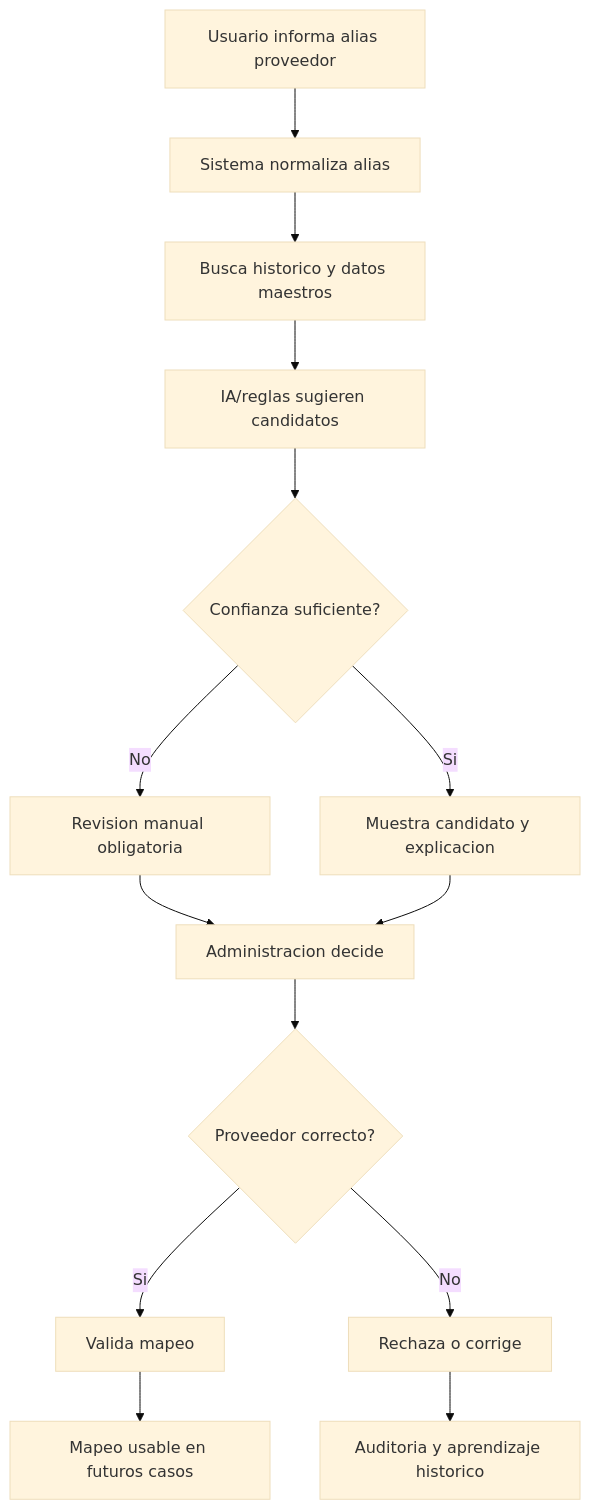
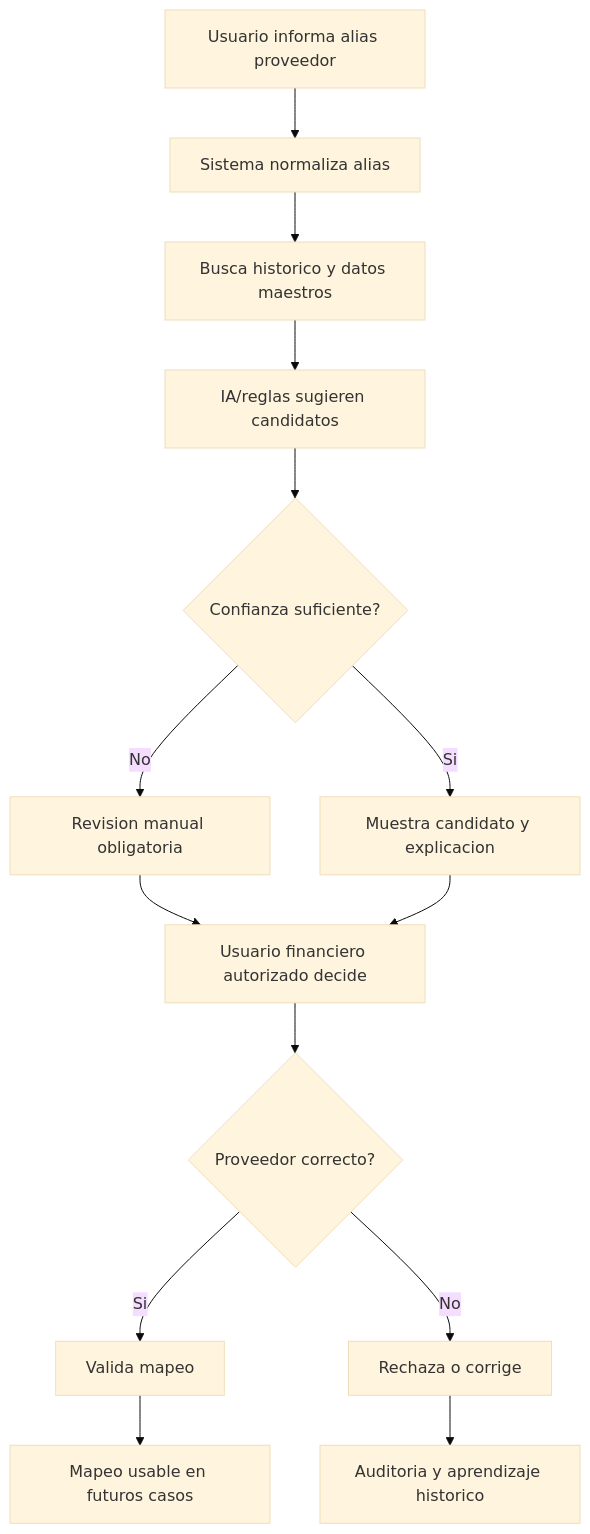
The sixth of 14 diagrams in docs/diagramas_flujo.md (easydev9/ProvCore), drawn with Mermaid (base theme) before and after one commit. The commit also changed other lines of this file and 20 other files, not shown here.

````diff
--- a/docs/diagramas_flujo.md
+++ b/docs/diagramas_flujo.md
@@ -114,16 +114,16 @@
 ```mermaid
 flowchart TD
     A[Usuario informa alias proveedor] --> B[Sistema normaliza alias]
     B --> C[Busca historico y datos maestros]
     C --> D[IA/reglas sugieren candidatos]
     D --> E{Confianza suficiente?}
     E -- No --> F[Revision manual obligatoria]
     E -- Si --> G[Muestra candidato y explicacion]
-    F --> H[Administracion decide]
+    F --> H[Usuario financiero autorizado decide]
     G --> H
     H --> I{Proveedor correcto?}
     I -- Si --> J[Valida mapeo]
     I -- No --> K[Rechaza o corrige]
     J --> L[Mapeo usable en futuros casos]
     K --> M[Auditoria y aprendizaje historico]
 ```
````
